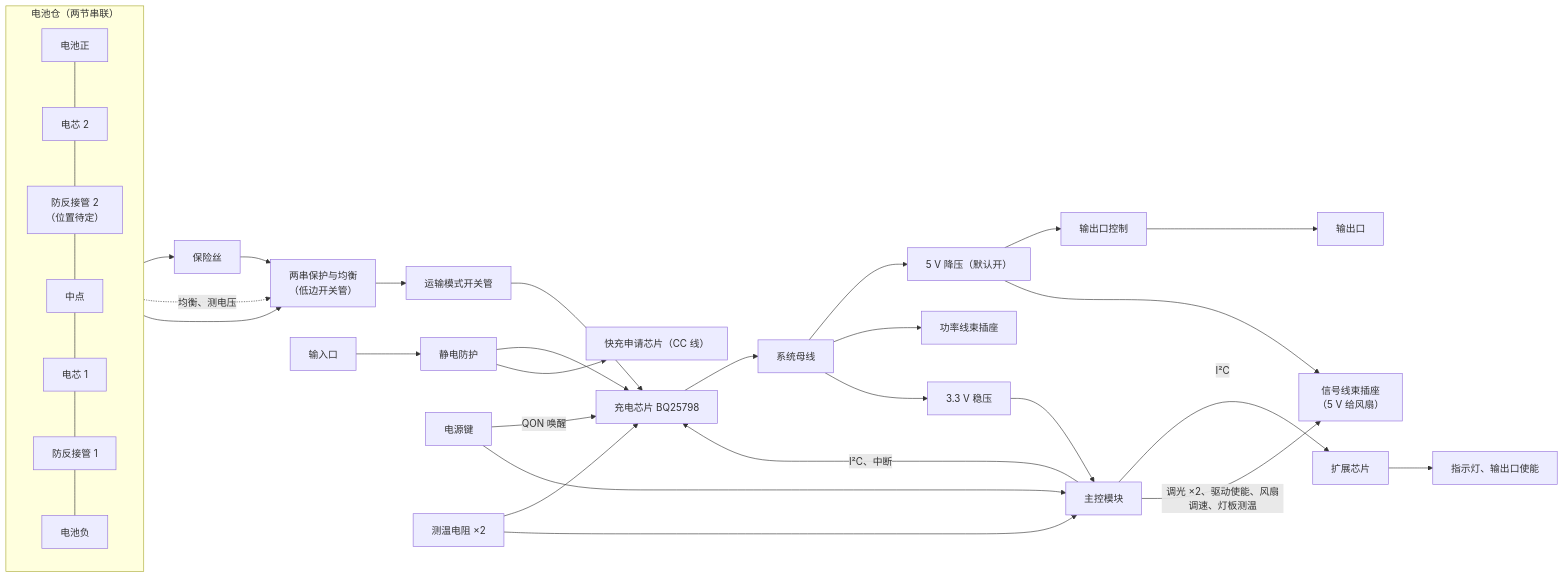
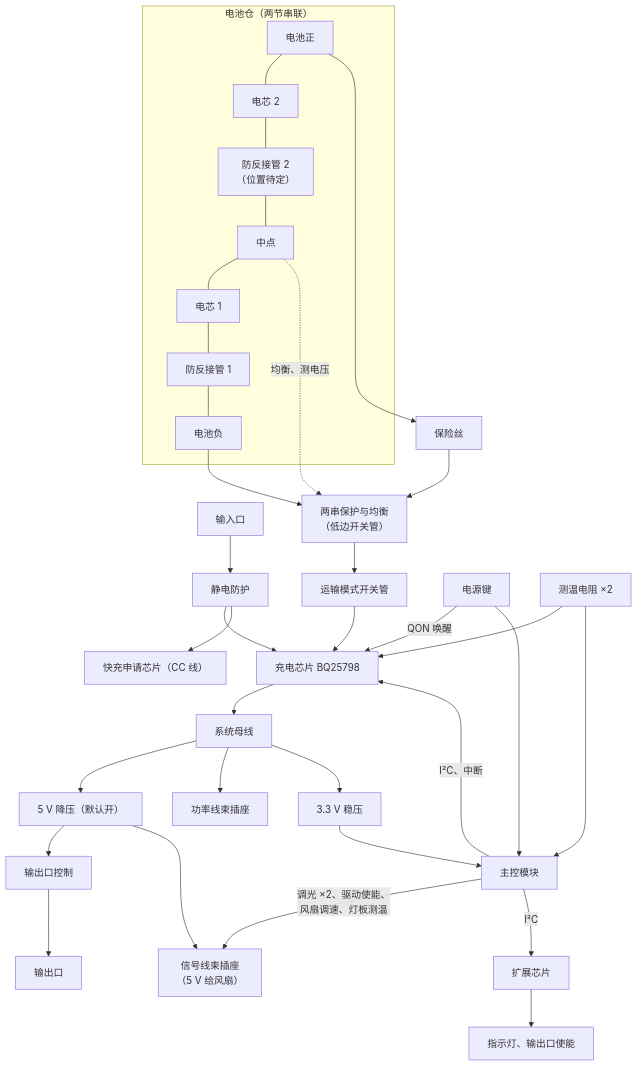
The first of 2 diagrams in docs/硬件架构设计书.md (jodancain/fill-light-15pro), drawn with Mermaid before and after one commit. The commit also changed 2 other files, not shown here.

Commit message:
三张横排框图改为竖排
GitHub 会把 Mermaid 图缩到正文宽度显示，三张横排图太宽，字缩得看不清。
改为竖排（flowchart TB），节点和连线不变：

- 硬件架构设计书的主板图：宽 3322 → 1033（正文宽 830 时字约 4 → 13 px）
- 系统架构说明书第 5 节电源图：宽 1679 → 912
- 规格书第 6 节电气图：宽 2206 → 710

主板图另调了语句顺序：输入口一路不再和电池一路交叉，“I²C”标签落在对应的连线上。
两处长文字加了换行，避免在词中间断开。

````diff
--- a/docs/硬件架构设计书.md
+++ b/docs/硬件架构设计书.md
@@ -38,25 +38,24 @@
 ```mermaid
-flowchart LR
+flowchart TB
+  IN["输入口"] --> ESD["静电防护"] --> CHG
+  ESD --> PD["快充申请芯片（CC 线）"]
   subgraph PACK["电池仓（两节串联）"]
-    direction TB
     POS["电池正"] --- C2["电芯 2"] --- Q2["防反接管 2<br/>（位置待定）"] --- MID["中点"] --- C1["电芯 1"] --- Q1["防反接管 1"] --- NEG["电池负"]
   end
   POS --> FUSE["保险丝"] --> PROT["两串保护与均衡<br/>（低边开关管）"]
   MID -.->|"均衡、测电压"| PROT
   NEG --> PROT
   PROT --> SHIP["运输模式开关管"] --> CHG["充电芯片 BQ25798"]
-  IN["输入口"] --> ESD["静电防护"] --> CHG
-  ESD --> PD["快充申请芯片（CC 线）"]
   KEY["电源键"] -->|"QON 唤醒"| CHG
   KEY --> MCU
   CHG --> BUS["系统母线"]
   BUS --> B5["5 V 降压（默认开）"] --> OC["输出口控制"] --> OUT["输出口"]
   B5 --> SIGJ["信号线束插座<br/>（5 V 给风扇）"]
   BUS --> PWRJ["功率线束插座"]
   BUS --> LDO["3.3 V 稳压"] --> MCU["主控模块"]
   MCU -->|"I²C、中断"| CHG
+  MCU -->|"调光 ×2、驱动使能、<br/>风扇调速、灯板测温"| SIGJ
   MCU -->|"I²C"| EXP["扩展芯片"] --> IND["指示灯、输出口使能"]
-  MCU -->|"调光 ×2、驱动使能、风扇调速、灯板测温"| SIGJ
   NTC["测温电阻 ×2"] --> CHG
   NTC --> MCU
 ```
````
